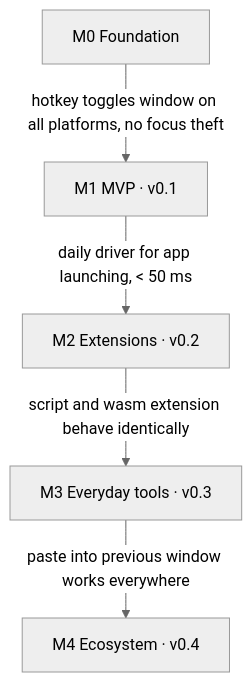
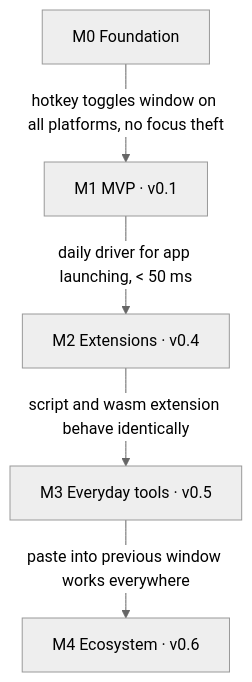
Before and after one commit to GravionLabs/daimos: the diagram in docs/specs/product-spec.md, drawn with Mermaid (neutral theme). The commit also changed other lines of this file, not shown here.

First line of the commit message:
docs: renumber the milestone versions (extensions are v0.4, the rest of everyday tools v0.5, ecosystem v0.6)

````diff
--- a/docs/specs/product-spec.md
+++ b/docs/specs/product-spec.md
@@ -95,7 +95,7 @@
 ```mermaid
 flowchart TD
   M0["M0 Foundation"] -->|"hotkey toggles window on all platforms, no focus theft"| M1["M1 MVP · v0.1"]
-  M1 -->|"daily driver for app launching, < 50 ms"| M2["M2 Extensions · v0.2"]
-  M2 -->|"script and wasm extension behave identically"| M3["M3 Everyday tools · v0.3"]
-  M3 -->|"paste into previous window works everywhere"| M4["M4 Ecosystem · v0.4"]
+  M1 -->|"daily driver for app launching, < 50 ms"| M2["M2 Extensions · v0.4"]
+  M2 -->|"script and wasm extension behave identically"| M3["M3 Everyday tools · v0.5"]
+  M3 -->|"paste into previous window works everywhere"| M4["M4 Ecosystem · v0.6"]
 ```
````
